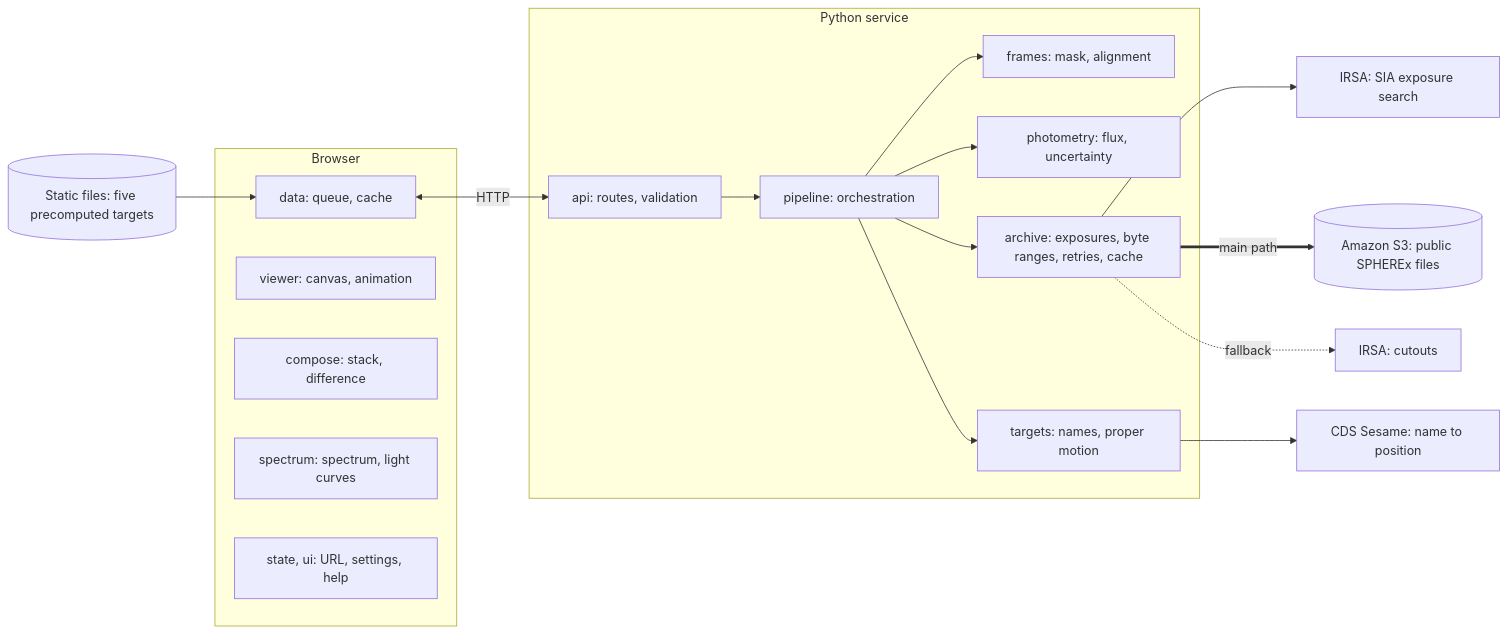
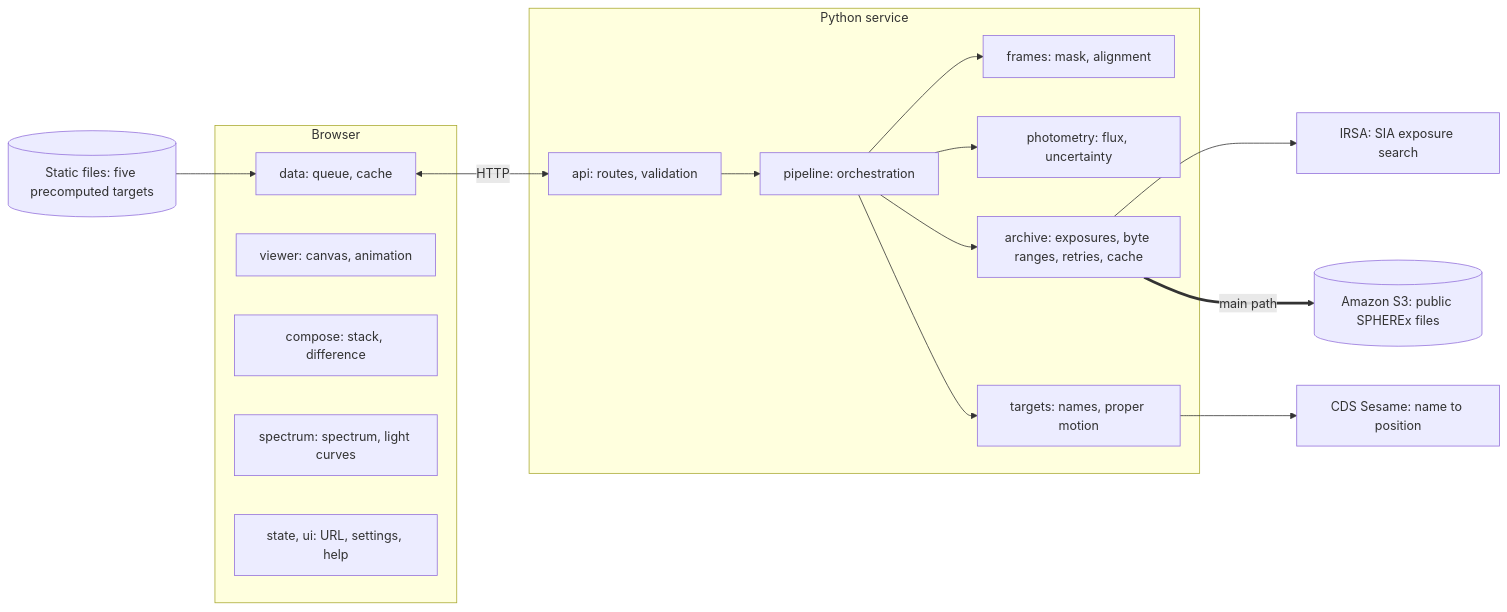
One commit to Yirmeyan/fzkl-spaceapps-2026 changed the diagram in docs/architecture.md. Above: the diagram before and after it, drawn with Mermaid. The commit also changed other lines of this file and 10 other files, not shown here.

````diff
--- a/docs/architecture.md
+++ b/docs/architecture.md
@@ -21,34 +21,32 @@
 ```mermaid
 flowchart LR
   subgraph browser["Browser"]
     data["data: queue, cache"]
     viewer["viewer: canvas, animation"]
     compose["compose: stack, difference"]
     spectrum["spectrum: spectrum, light curves"]
     ui["state, ui: URL, settings, help"]
   end
   static[("Static files: five precomputed targets")]
   subgraph service["Python service"]
     api["api: routes, validation"]
     pipeline["pipeline: orchestration"]
     frames["frames: mask, alignment"]
     photometry["photometry: flux, uncertainty"]
     archive["archive: exposures, byte ranges, retries, cache"]
     targets["targets: names, proper motion"]
   end
   sia["IRSA: SIA exposure search"]
   s3[("Amazon S3: public SPHEREx files")]
-  cutout["IRSA: cutouts"]
   sesame["CDS Sesame: name to position"]
   static --> data
   data <-->|HTTP| api
   api --> pipeline
   pipeline --> frames
   pipeline --> photometry
   pipeline --> archive
   pipeline --> targets
   archive --> sia
   archive ==>|main path| s3
-  archive -.->|fallback| cutout
   targets --> sesame
 ```
````
